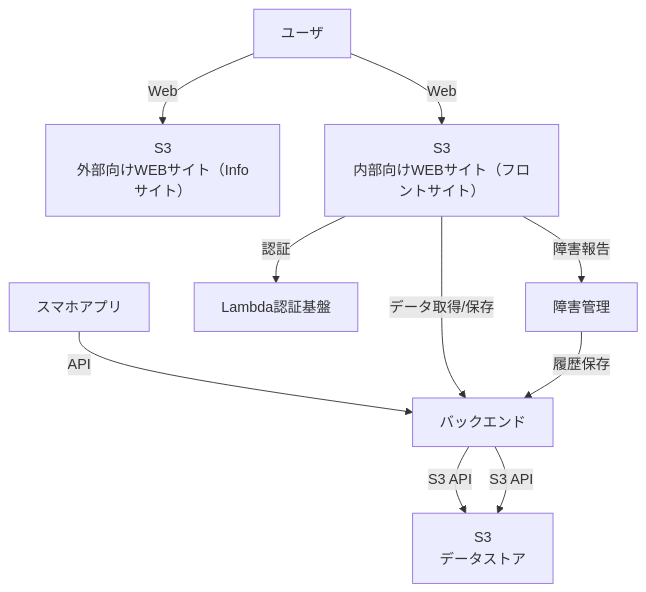
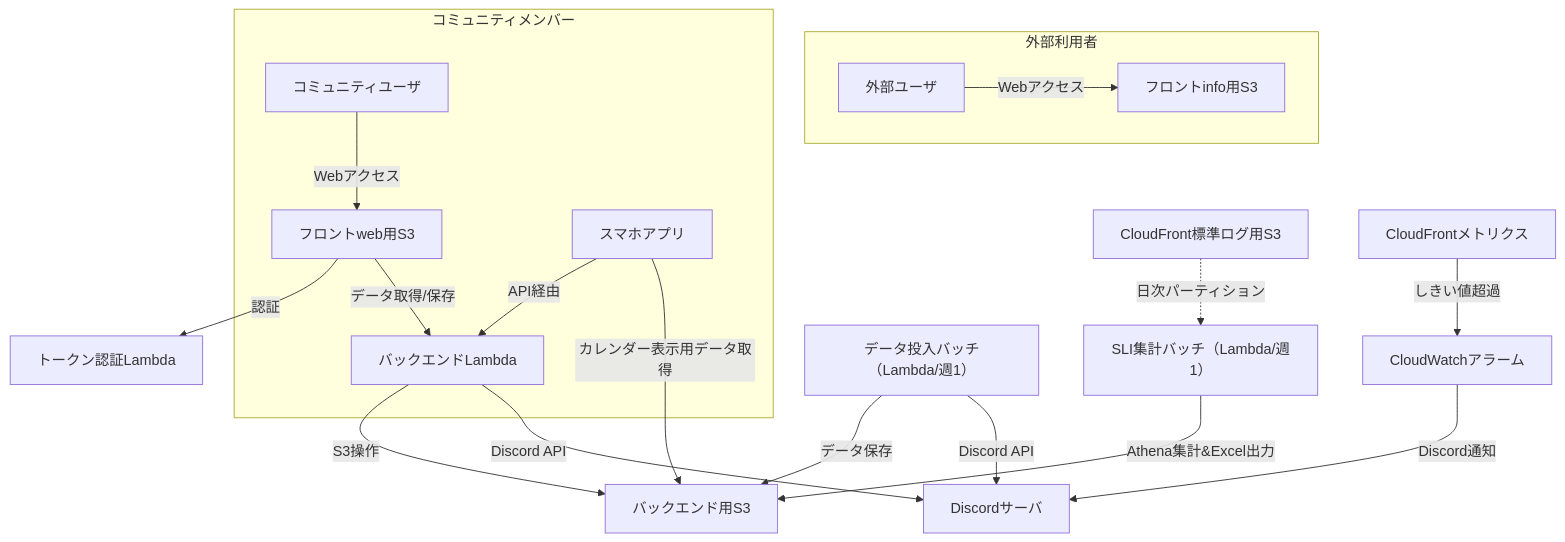
The diagram in documents/データフロー図.md (deidra-JP-windows/front-web-site-for-riften-terraform), drawn with Mermaid before and after one commit. The commit also changed 5 other files, not shown here.

````diff
--- a/documents/データフロー図.md
+++ b/documents/データフロー図.md
@@ -1,12 +1,30 @@
 ```mermaid
 flowchart TD
-  A[ユーザ] -->|Web| S3_INFO[S3\n外部向けWEBサイト（Infoサイト）]
-  A -->|Web| S3_FRONT[S3\n内部向けWEBサイト（フロントサイト）]
-  APP[スマホアプリ] -->|API| F[バックエンド]
-  S3_FRONT -->|認証| C[Lambda認証基盤]
-  S3_FRONT -->|データ取得/保存| F
-  F -->|S3 API| S3_DATA[S3\nデータストア]
-  S3_FRONT -->|障害報告| E[障害管理]
-  E -->|履歴保存| F
-  F -->|S3 API| S3_DATA
+subgraph 外部利用者
+  User[外部ユーザ]
+  User -->|Webアクセス| S3_Info[フロントinfo用S3]
+end
+subgraph コミュニティメンバー
+  Member[コミュニティユーザ]
+  Member -->|Webアクセス| S3_Front[フロントweb用S3]
+  App[スマホアプリ] -->|API経由| BackendLambda[バックエンドLambda]
+end
+S3_Front -->|認証| AuthLambda[トークン認証Lambda]
+S3_Front -->|データ取得/保存| BackendLambda
+BackendLambda -->|S3操作| S3_Backend[バックエンド用S3]
+%% バッチ処理
+DataBatch[データ投入バッチ（Lambda/週1）] -->|データ保存| S3_Backend
+%% SLI集計バッチ
+S3_CFLog[CloudFront標準ログ用S3]
+SLI_Batch[SLI集計バッチ（Lambda/週1）]
+S3_CFLog -. 日次パーティション .-> SLI_Batch
+SLI_Batch -->|Athena集計&Excel出力| S3_Backend
+%% CloudFrontメトリクス&アラート
+CF_Metrics[CloudFrontメトリクス] -->|しきい値超過| CW_Alarm[CloudWatchアラーム]
+CW_Alarm -->|Discord通知| Discord[Discordサーバ]
+%% Discord連携
+BackendLambda -->|Discord API| Discord
+DataBatch -->|Discord API| Discord
+%% スマホアプリのデータ取得
+App -->|カレンダー表示用データ取得| S3_Backend
 ```
````
